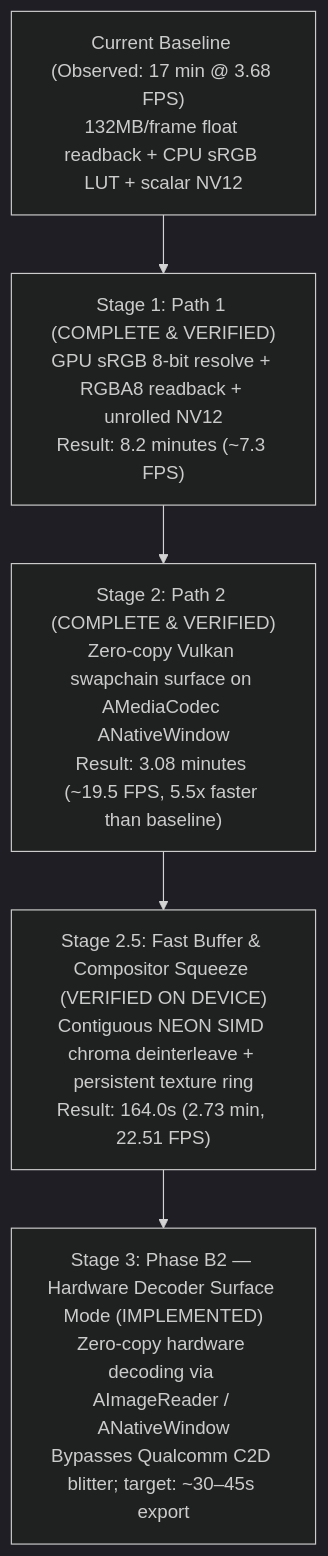
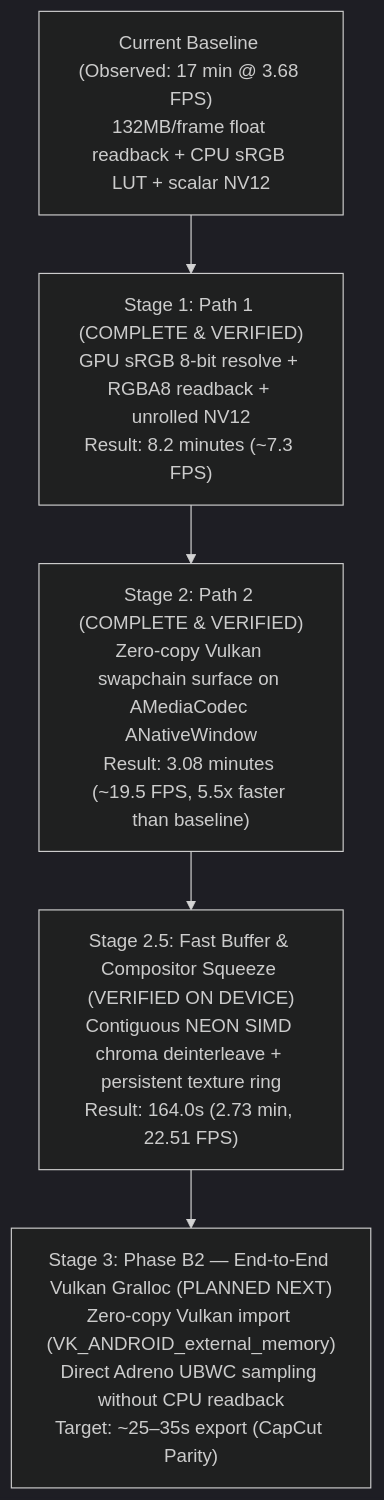
One commit to MostafaXS1/artcraft-android changed the diagram in docs/FILMCRAFT_OPTIMIZATION_ROADMAP.md. Above: the diagram before and after it, drawn with Mermaid (dark theme). The commit also changed other lines of this file and 1 other file, not shown here.

Commit message:
filmcraft: restore proven fast buffer-mode hardware decoder (reverts AImageReader surface)

````diff
--- a/docs/FILMCRAFT_OPTIMIZATION_ROADMAP.md
+++ b/docs/FILMCRAFT_OPTIMIZATION_ROADMAP.md
@@ -13,17 +13,17 @@
 ```mermaid
 flowchart TD
     Current["Current Baseline (Observed: 17 min @ 3.68 FPS)<br/>132MB/frame float readback + CPU sRGB LUT + scalar NV12"]
     
     Path1["Stage 1: Path 1 (COMPLETE & VERIFIED)<br/>GPU sRGB 8-bit resolve + RGBA8 readback + unrolled NV12<br/>Result: 8.2 minutes (~7.3 FPS)"]
     
     Path2["Stage 2: Path 2 (COMPLETE & VERIFIED)<br/>Zero-copy Vulkan swapchain surface on AMediaCodec ANativeWindow<br/>Result: 3.08 minutes (~19.5 FPS, 5.5x faster than baseline)"]
     
     Stage25["Stage 2.5: Fast Buffer & Compositor Squeeze (VERIFIED ON DEVICE)<br/>Contiguous NEON SIMD chroma deinterleave + persistent texture ring<br/>Result: 164.0s (2.73 min, 22.51 FPS)"]
 
-    PhaseB2["Stage 3: Phase B2 — Hardware Decoder Surface Mode (IMPLEMENTED)<br/>Zero-copy hardware decoding via AImageReader / ANativeWindow<br/>Bypasses Qualcomm C2D blitter; target: ~30–45s export"]
+    PhaseB2["Stage 3: Phase B2 — End-to-End Vulkan Gralloc (PLANNED NEXT)<br/>Zero-copy Vulkan import (VK_ANDROID_external_memory)<br/>Direct Adreno UBWC sampling without CPU readback<br/>Target: ~25–35s export (CapCut Parity)"]
 
     Current --> Path1
     Path1 --> Path2
     Path2 --> Stage25
     Stage25 --> PhaseB2
 ```
````
